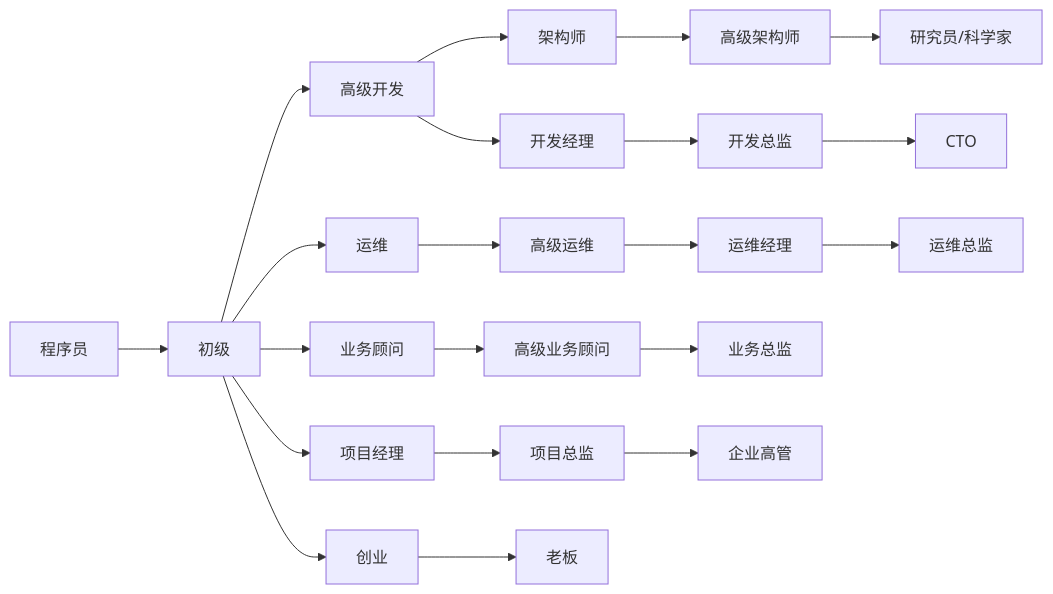
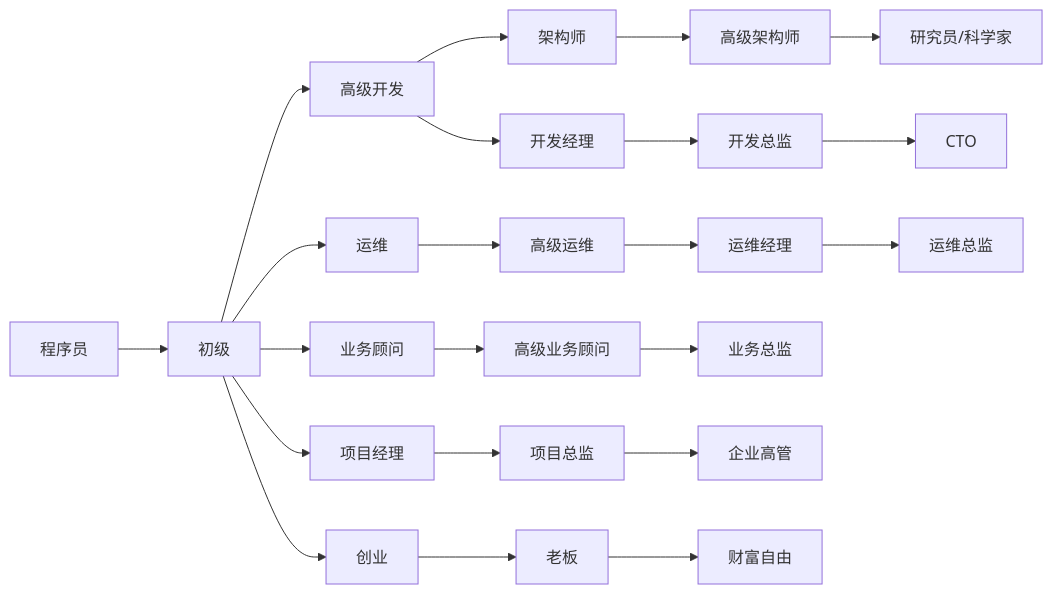
Before and after one commit to namelessmyth/beFreeCoder: the first of 2 diagrams in README.md, drawn with Mermaid. The commit also changed other lines of this file and 4 other files, not shown here.

````diff
--- a/README.md
+++ b/README.md
@@ -43,11 +43,11 @@
 ```mermaid
 flowchart LR
 
 root[程序员]
 root-->dev[初级]-->sdev[高级开发]-->架构师-->高级架构师-->top["研究员/科学家"]
 sdev-->开发经理-->开发总监-->CTO
 dev-->运维-->高级运维-->运维经理-->运维总监
 dev-->业务顾问-->高级业务顾问-->业务总监
 dev-->项目经理-->项目总监-->企业高管
-dev-->创业-->老板
+dev-->创业-->老板-->财富自由
 ```
````
